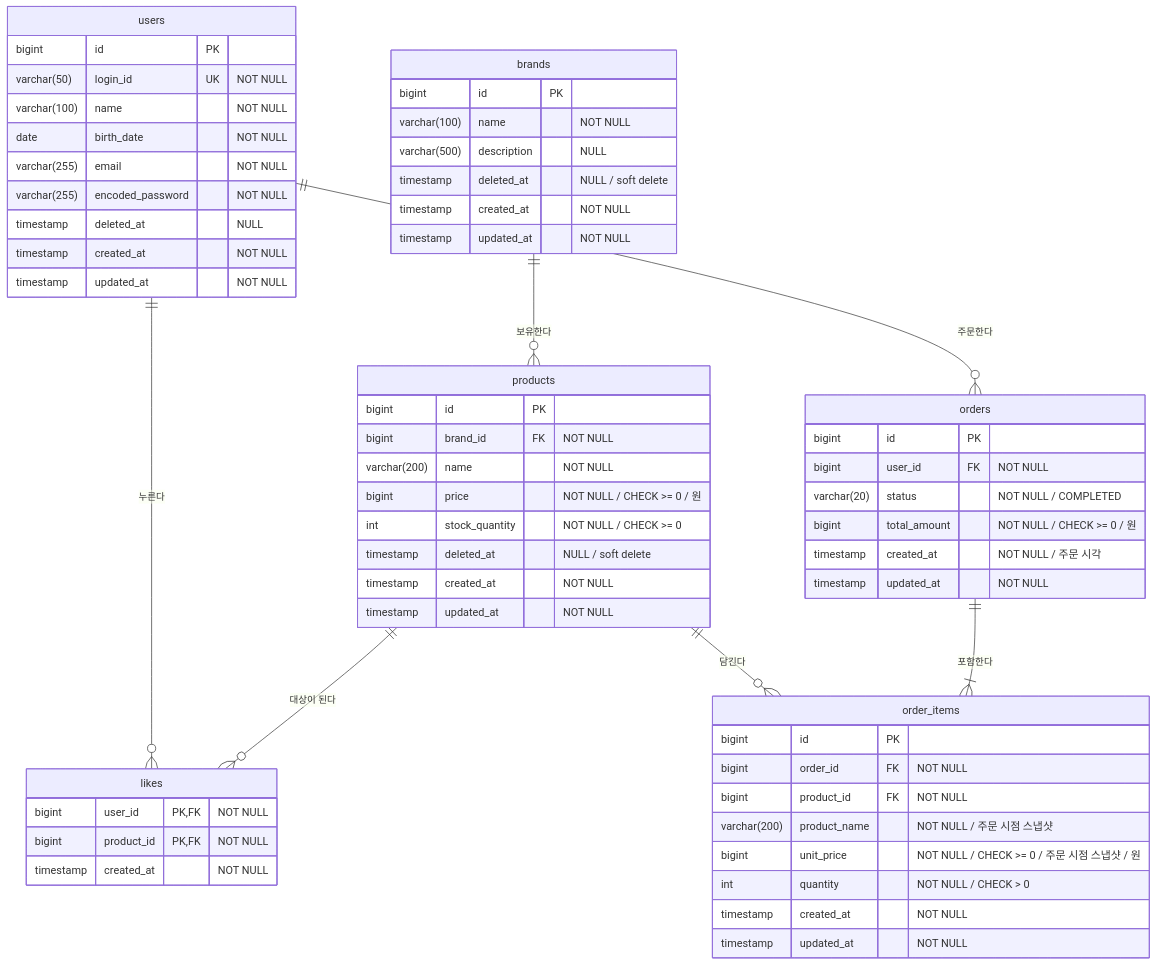
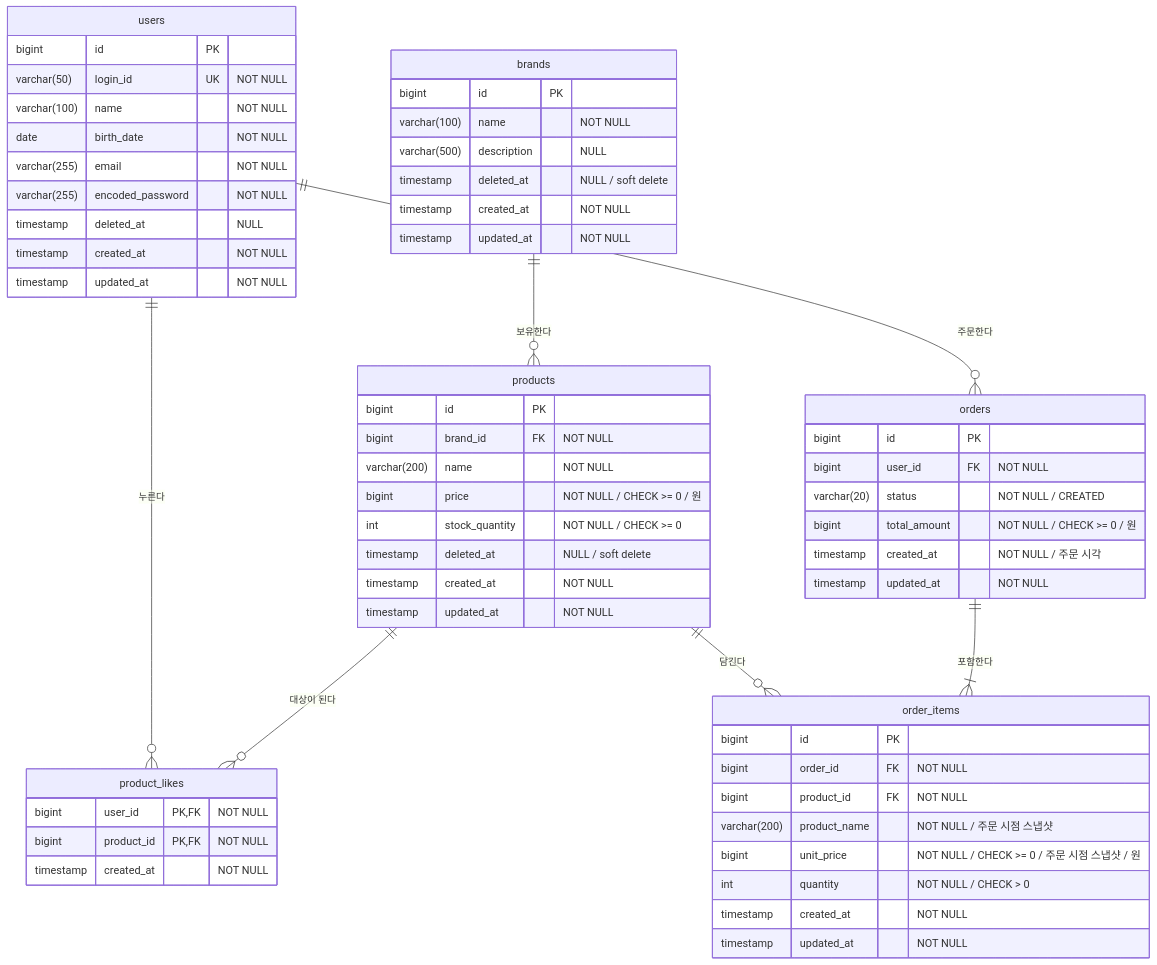
The diagram in docs/week2/04-erd.md (loopers-labs/loop-pack-be-l2-vol4-java), drawn with Mermaid before and after one commit. The commit also changed other lines of this file and 2 other files, not shown here.

Commit message:
docs: 설계 문서 수정

````diff
--- a/docs/week2/04-erd.md
+++ b/docs/week2/04-erd.md
@@ -5,67 +5,67 @@
 ```mermaid
 erDiagram
-    users ||--o{ likes : "누른다"
+    users ||--o{ product_likes : "누른다"
     users ||--o{ orders : "주문한다"
     brands ||--o{ products : "보유한다"
-    products ||--o{ likes : "대상이 된다"
+    products ||--o{ product_likes : "대상이 된다"
     products ||--o{ order_items : "담긴다"
     orders ||--|{ order_items : "포함한다"
 
     users {
         bigint id PK
         varchar(50) login_id UK "NOT NULL"
         varchar(100) name "NOT NULL"
         date birth_date "NOT NULL"
         varchar(255) email "NOT NULL"
         varchar(255) encoded_password "NOT NULL"
         timestamp deleted_at "NULL"
         timestamp created_at "NOT NULL"
         timestamp updated_at "NOT NULL"
     }
 
     brands {
         bigint id PK
         varchar(100) name "NOT NULL"
         varchar(500) description "NULL"
         timestamp deleted_at "NULL / soft delete"
         timestamp created_at "NOT NULL"
         timestamp updated_at "NOT NULL"
     }
 
     products {
         bigint id PK
         bigint brand_id FK "NOT NULL"
         varchar(200) name "NOT NULL"
         bigint price "NOT NULL / CHECK >= 0 / 원"
         int stock_quantity "NOT NULL / CHECK >= 0"
         timestamp deleted_at "NULL / soft delete"
         timestamp created_at "NOT NULL"
         timestamp updated_at "NOT NULL"
     }
 
-    likes {
+    product_likes {
         bigint user_id PK, FK "NOT NULL"
         bigint product_id PK, FK "NOT NULL"
         timestamp created_at "NOT NULL"
     }
 
     orders {
         bigint id PK
         bigint user_id FK "NOT NULL"
-        varchar(20) status "NOT NULL / COMPLETED"
+        varchar(20) status "NOT NULL / CREATED"
         bigint total_amount "NOT NULL / CHECK >= 0 / 원"
         timestamp created_at "NOT NULL / 주문 시각"
         timestamp updated_at "NOT NULL"
     }
 
     order_items {
         bigint id PK
         bigint order_id FK "NOT NULL"
         bigint product_id FK "NOT NULL"
         varchar(200) product_name "NOT NULL / 주문 시점 스냅샷"
         bigint unit_price "NOT NULL / CHECK >= 0 / 주문 시점 스냅샷 / 원"
         int quantity "NOT NULL / CHECK > 0"
         timestamp created_at "NOT NULL"
         timestamp updated_at "NOT NULL"
     }
 ```
````
